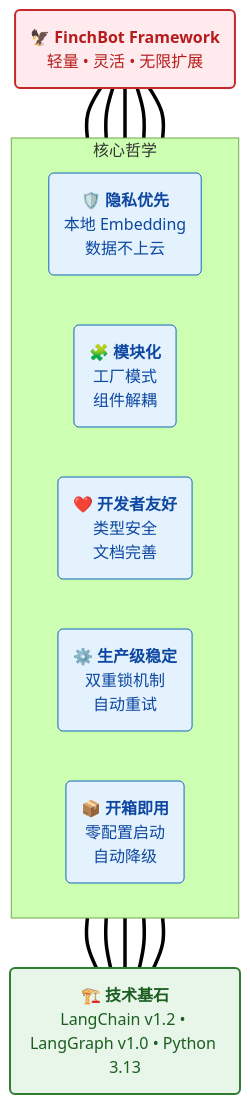
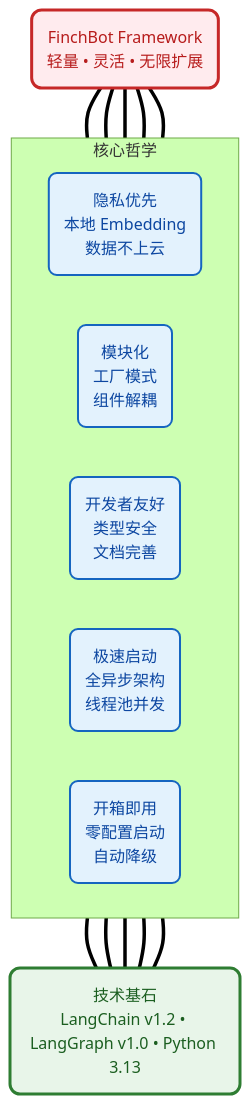
One commit to xt765/FinchBot changed the first of 6 diagrams in docs/zh-CN/blog/finchbot-flexible-ai-agent-framework.md. Above: the diagram before and after it, drawn with Mermaid (forest theme). The commit also changed other lines of this file and 18 other files, not shown here.

First line of the commit message:
docs: 简化架构图并删除所有mermaid图中的表情包

````diff
--- a/docs/zh-CN/blog/finchbot-flexible-ai-agent-framework.md
+++ b/docs/zh-CN/blog/finchbot-flexible-ai-agent-framework.md
@@ -63,27 +63,22 @@
 ```mermaid
 graph BT
-    %% 样式定义
-    classDef roof fill:#ffebee,stroke:#c62828,stroke-width:2px,color:#b71c1c;
-    classDef pillar fill:#e3f2fd,stroke:#1565c0,stroke-width:1px,color:#0d47a1;
-    classDef base fill:#e8f5e9,stroke:#2e7d32,stroke-width:2px,color:#1b5e20;
+    classDef roof fill:#ffebee,stroke:#c62828,stroke-width:3px,color:#b71c1c,rx:10,ry:10;
+    classDef pillar fill:#e3f2fd,stroke:#1565c0,stroke-width:2px,color:#0d47a1,rx:8,ry:8;
+    classDef base fill:#e8f5e9,stroke:#2e7d32,stroke-width:3px,color:#1b5e20,rx:10,ry:10;
 
-    %% 顶层
-    Roof("🦅 <b>FinchBot Framework</b><br/>轻量 • 灵活 • 无限扩展"):::roof
+    Roof("FinchBot Framework<br/>轻量 • 灵活 • 无限扩展"):::roof
 
-    %% 支柱
     subgraph Pillars [核心哲学]
         direction LR
-        P("🛡️ <b>隐私优先</b><br/>本地 Embedding<br/>数据不上云"):::pillar
-        M("🧩 <b>模块化</b><br/>工厂模式<br/>组件解耦"):::pillar
-        D("❤️ <b>开发者友好</b><br/>类型安全<br/>文档完善"):::pillar
-        S("⚙️ <b>生产级稳定</b><br/>双重锁机制<br/>自动重试"):::pillar
-        O("📦 <b>开箱即用</b><br/>零配置启动<br/>自动降级"):::pillar
+        P("隐私优先<br/>本地 Embedding<br/>数据不上云"):::pillar
+        M("模块化<br/>工厂模式<br/>组件解耦"):::pillar
+        D("开发者友好<br/>类型安全<br/>文档完善"):::pillar
+        S("极速启动<br/>全异步架构<br/>线程池并发"):::pillar
+        O("开箱即用<br/>零配置启动<br/>自动降级"):::pillar
     end
 
-    %% 底层
-    Base("🏗️ <b>技术基石</b><br/>LangChain v1.2 • LangGraph v1.0 • Python 3.13"):::base
+    Base("技术基石<br/>LangChain v1.2 • LangGraph v1.0 • Python 3.13"):::base
 
-    %% 连接
     Base === P & M & D & S & O
     P & M & D & S & O === Roof
 ```
````
